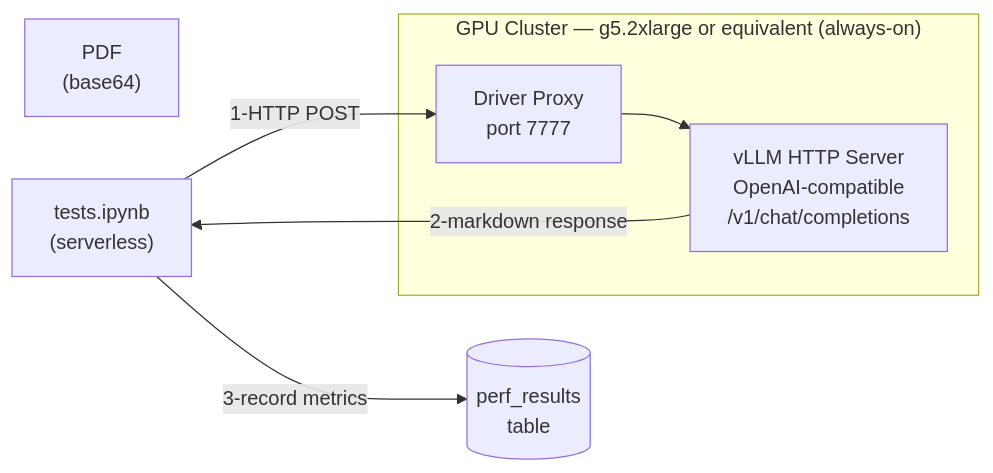
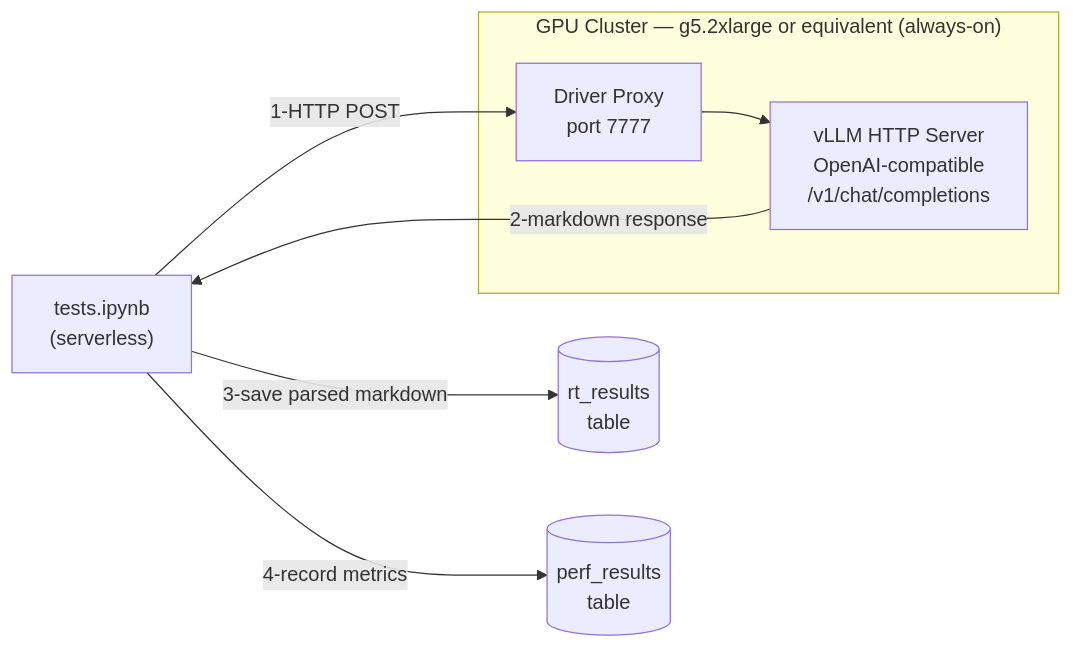
One commit to manganganath/doc_parsing_mineru_vllm_databricks changed the second of 2 diagrams in README.md. Above: the diagram before and after it, drawn with Mermaid. The commit also changed other lines of this file, not shown here.

Commit message:
Update architecture diagrams to show parsed results tables

````diff
--- a/README.md
+++ b/README.md
@@ -38,16 +39,17 @@
 ```mermaid
 flowchart LR
-    PDF["PDF<br/>(base64)"]
     Tests["tests.ipynb<br/>(serverless)"]
+    Results[("rt_results<br/>table")]
     Perf[("perf_results<br/>table")]
 
     subgraph GPU["GPU Cluster — g5.2xlarge or equivalent (always-on)"]
         Proxy["Driver Proxy<br/>port 7777"]
         VLLM["vLLM HTTP Server<br/>OpenAI-compatible<br/>/v1/chat/completions"]
         Proxy --> VLLM
     end
 
     Tests -- "1-HTTP POST" --> Proxy
     VLLM -- "2-markdown response" --> Tests
-    Tests -- "3-record metrics" --> Perf
+    Tests -- "3-save parsed markdown" --> Results
+    Tests -- "4-record metrics" --> Perf
 ```
````
